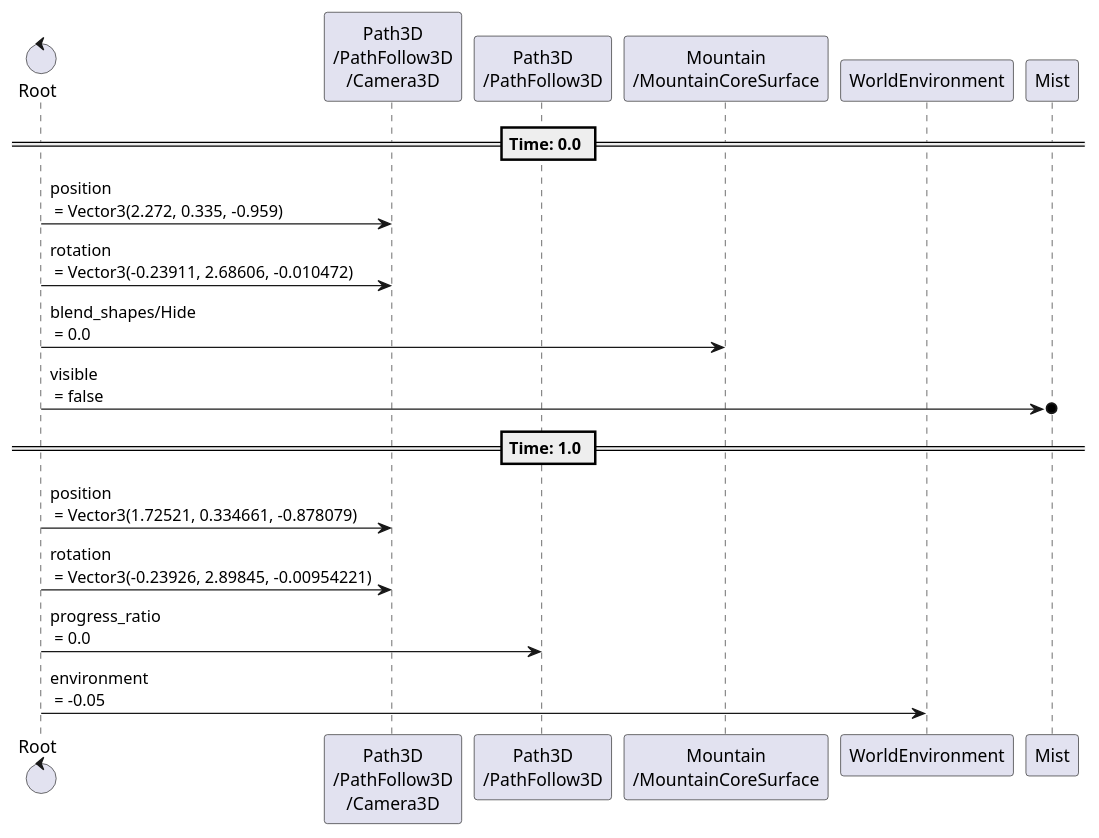
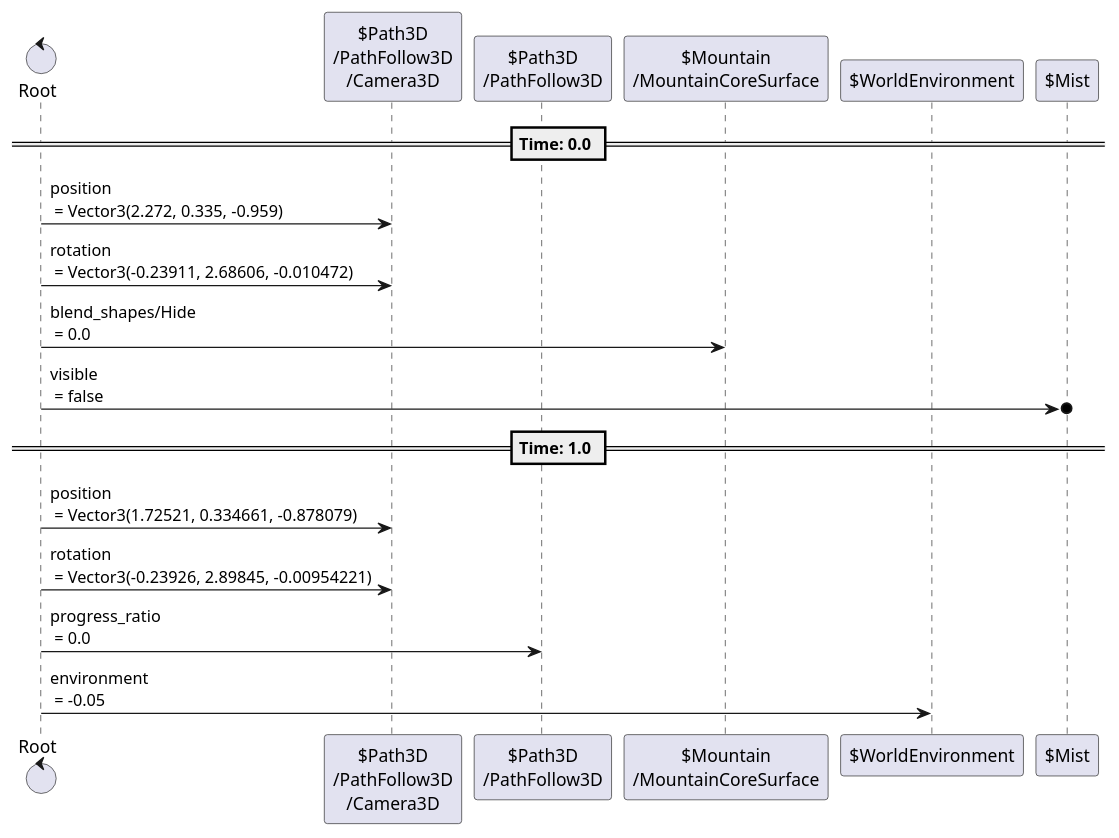
One commit to tkmfujise/Platformer-Game-Learning changed the seventh of 23 diagrams in content/scenes/src/world/world.tscn.adoc. Above: the diagram before and after it, drawn with PlantUML. The commit also changed other lines of this file and 31 other files, not shown here.

Commit message:
Add prefix $ to node name in animation sequences

```diff
--- a/content/scenes/src/world/world.tscn.adoc
+++ b/content/scenes/src/world/world.tscn.adoc
@@ -248,24 +248,24 @@
 [plantuml]
 ....
-control "Root" as Root
-participant "Path3D\n/PathFollow3D\n/Camera3D" as T0
-participant "Path3D\n/PathFollow3D" as T2
-participant "Mountain\n/MountainCoreSurface" as T3
-participant "WorldEnvironment" as T4
-participant "Mist" as T5
+control "Root" as R
+participant "$Path3D\n/PathFollow3D\n/Camera3D" as T0
+participant "$Path3D\n/PathFollow3D" as T2
+participant "$Mountain\n/MountainCoreSurface" as T3
+participant "$WorldEnvironment" as T4
+participant "$Mist" as T5
 
 
 
 == Time: 0.0 ==
-Root  ->  T0 : position\n = Vector3(2.272, 0.335, -0.959)
-Root  ->  T0 : rotation\n = Vector3(-0.23911, 2.68606, -0.010472)
-Root  ->  T3 : blend_shapes/Hide\n = 0.0
-Root  ->o  T5 : visible\n = false
+R  ->  T0 : position\n = Vector3(2.272, 0.335, -0.959)
+R  ->  T0 : rotation\n = Vector3(-0.23911, 2.68606, -0.010472)
+R  ->  T3 : blend_shapes/Hide\n = 0.0
+R  ->o  T5 : visible\n = false
 == Time: 1.0 ==
-Root  ->  T0 : position\n = Vector3(1.72521, 0.334661, -0.878079)
-Root  ->  T0 : rotation\n = Vector3(-0.23926, 2.89845, -0.00954221)
-Root  ->  T2 : progress_ratio\n = 0.0
-Root  ->  T4 : environment\n = -0.05
+R  ->  T0 : position\n = Vector3(1.72521, 0.334661, -0.878079)
+R  ->  T0 : rotation\n = Vector3(-0.23926, 2.89845, -0.00954221)
+R  ->  T2 : progress_ratio\n = 0.0
+R  ->  T4 : environment\n = -0.05
 
 
 ....
```
